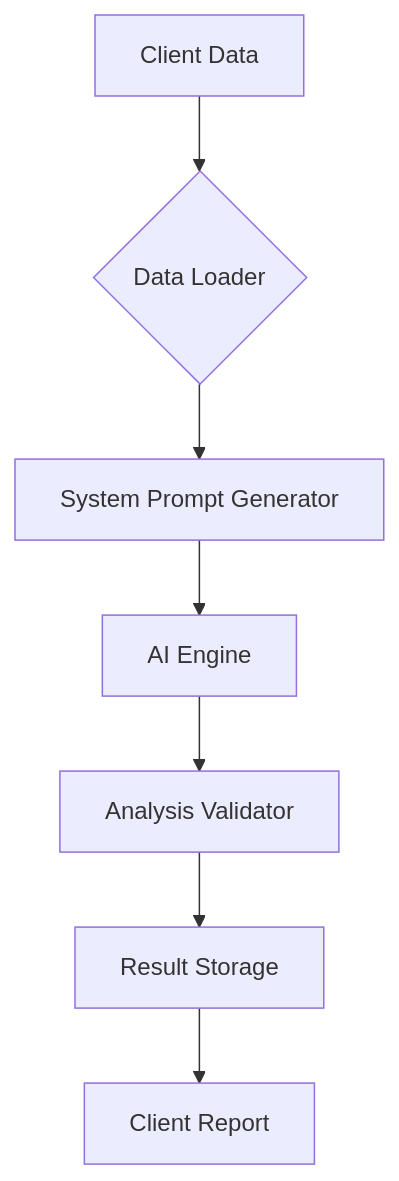
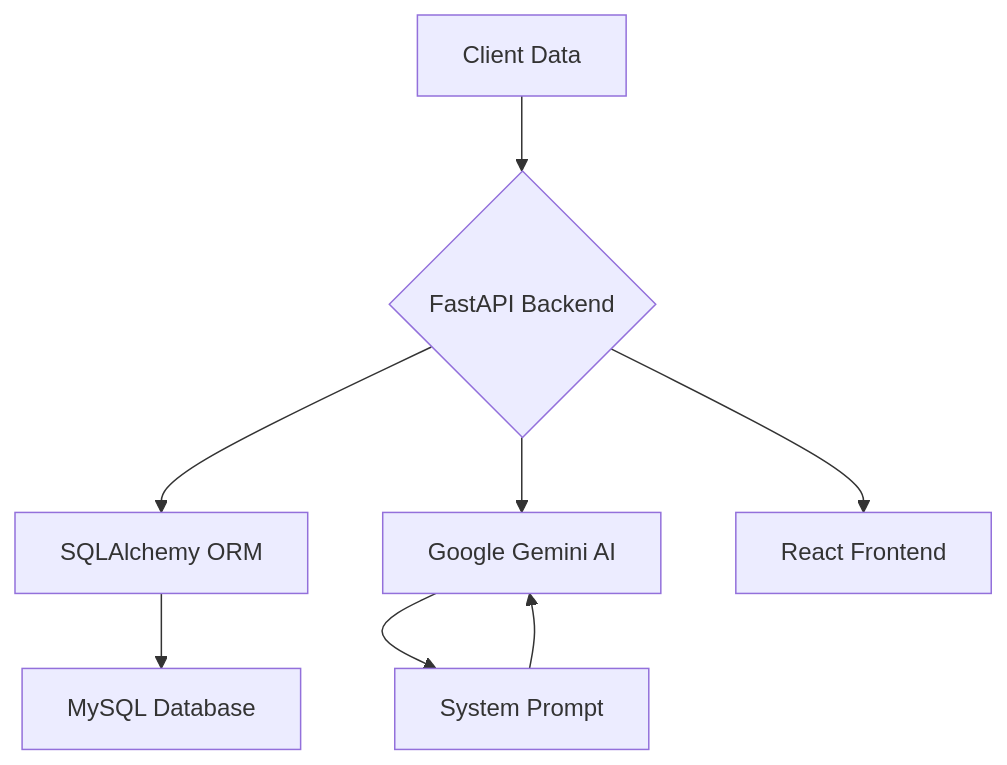
The diagram in README.md (MarcuxOng/wealthpilot), drawn with Mermaid before and after one commit. The commit also changed other lines of this file, not shown here.

````diff
--- a/README.md
+++ b/README.md
@@ -111,9 +141,10 @@
 ```mermaid
 graph TD
-  A[Client Data] --> B{Data Loader}
-  B --> C[System Prompt Generator]
-  C --> D[AI Engine]
-  D --> E[Analysis Validator]
-  E --> F[Result Storage]
-  F --> G[Client Report]
+    A[Client Data] --> B{FastAPI Backend}
+    B --> C[SQLAlchemy ORM]
+    C --> D[MySQL Database]
+    B --> E[Google Gemini AI]
+    E --> F[System Prompt]
+    F --> E
+    B --> G[React Frontend]
 ```
````
